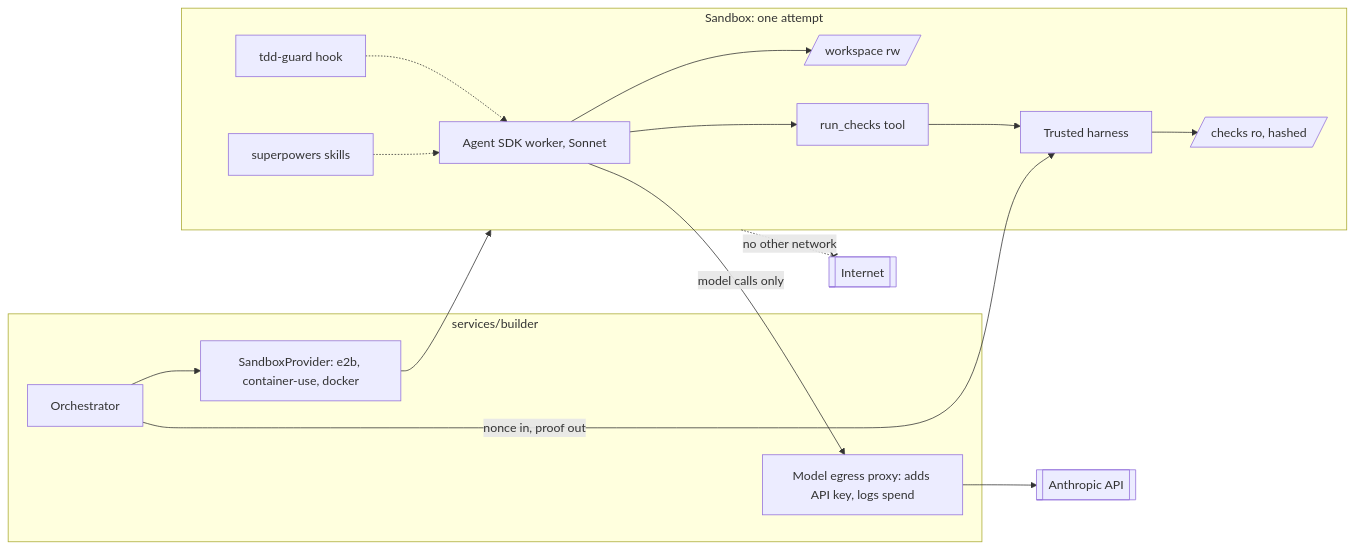
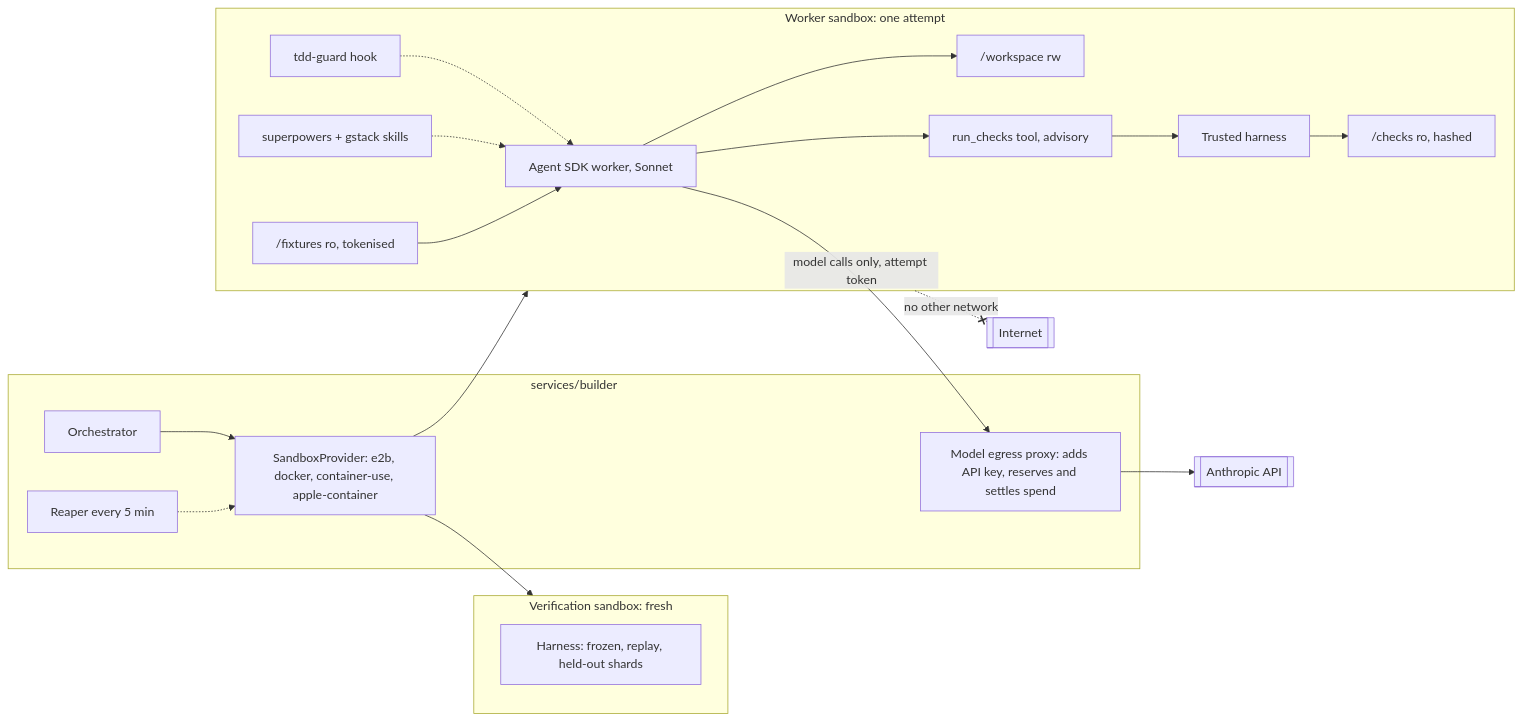
One commit to tabani-png/offload-v2 changed the tenth of 21 diagrams in docs/ARCHITECTURE.md. Above: the diagram before and after it, drawn with Mermaid. The commit also changed other lines of this file and 11 other files, not shown here.

Commit message:
docs: architecture, data model, API, roadmap, open questions OQ-23 to OQ-26, glossary, README, agent rules (Claude Code standing rule)

````diff
--- a/docs/ARCHITECTURE.md
+++ b/docs/ARCHITECTURE.md
@@ -364,18 +511,24 @@
 ```mermaid
 flowchart LR
   subgraph host[services/builder]
-    ORCH[Orchestrator] --> PROV[SandboxProvider: e2b, container-use, docker]
-    EGR[Model egress proxy: adds API key, logs spend]
+    ORCH[Orchestrator] --> PROV[SandboxProvider: e2b, docker, container-use, apple-container]
+    EGR[Model egress proxy: adds API key, reserves and settles spend]
+    REAP[Reaper every 5 min]
   end
-  subgraph sbx[Sandbox: one attempt]
-    AG[Agent SDK worker, Sonnet] --> WS[/workspace rw/]
-    AG --> RC[run_checks tool]
-    RC --> H[Trusted harness] --> CK[/checks ro, hashed/]
+  subgraph sbx[Worker sandbox: one attempt]
+    AG[Agent SDK worker, Sonnet] --> WS["/workspace rw"]
+    AG --> RC[run_checks tool, advisory]
+    RC --> H[Trusted harness] --> CK["/checks ro, hashed"]
     HOOK[tdd-guard hook] -.-> AG
-    SK[superpowers skills] -.-> AG
+    SK[superpowers + gstack skills] -.-> AG
+    FX["/fixtures ro, tokenised"] --> AG
+  end
+  subgraph vsbx[Verification sandbox: fresh]
+    VH[Harness: frozen, replay, held-out shards]
   end
   PROV --> sbx
-  AG -- model calls only --> EGR --> LLM[[Anthropic API]]
+  PROV --> vsbx
+  AG -- model calls only, attempt token --> EGR --> LLM[[Anthropic API]]
   sbx -. no other network .-x NET[[Internet]]
-  ORCH -- nonce in, proof out --> H
+  REAP -.-> PROV
 ```
````
